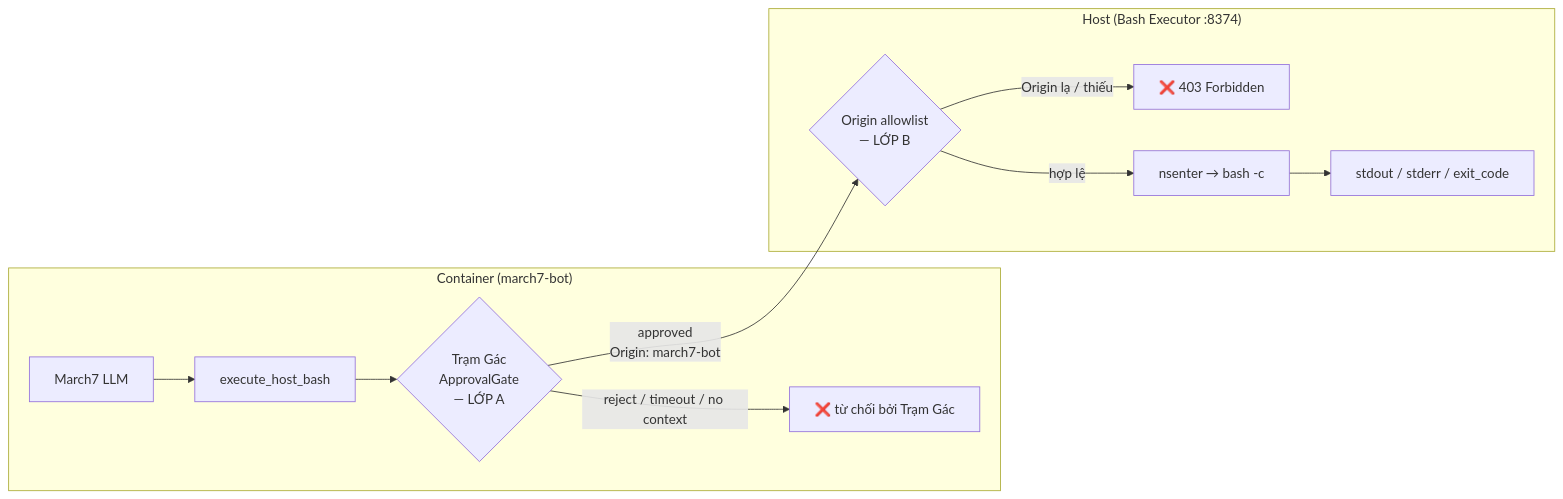
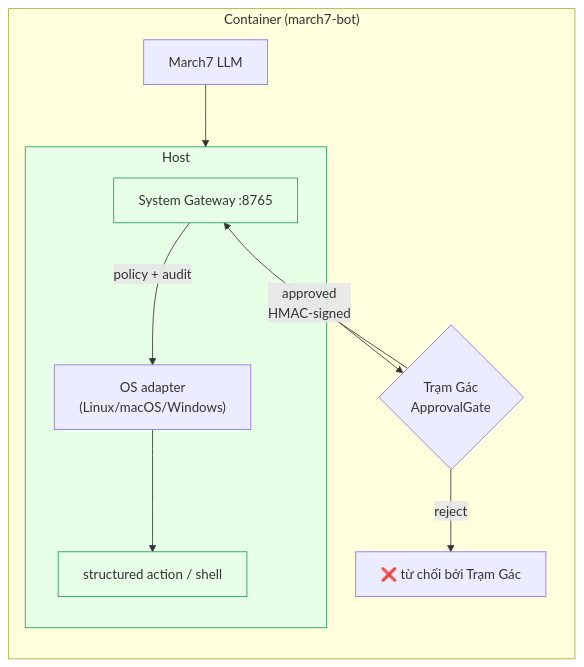
The second of 2 diagrams in README.md (Flowerf19/Harness_agent), drawn with Mermaid before and after one commit. The commit also changed other lines of this file and 60 other files, not shown here.

First line of the commit message:
feat(system_gateway): Introduce Evernight System Gateway orchestration

````diff
--- a/README.md
+++ b/README.md
@@ -84,14 +84,14 @@
 ```mermaid
 flowchart LR
     subgraph C["Container (march7-bot)"]
-        LLM[March7 LLM] --> T[execute_host_bash]
-        T --> G{"Trạm Gác<br/>ApprovalGate<br/>— LỚP A"}
-        G -->|reject / timeout / no context| RA["❌ từ chối bởi Trạm Gác"]
+        LLM[March7 LLM] --> H["host_system"]:::cur
+        H --> G{"Trạm Gác<br/>ApprovalGate"}
+        G -->|reject| RA["❌ từ chối bởi Trạm Gác"]
     end
-    G -->|approved<br/>Origin: march7-bot| O{"Origin allowlist<br/>— LỚP B"}
-    subgraph H["Host (Bash Executor :8374)"]
-        O -->|Origin lạ / thiếu| RB["❌ 403 Forbidden"]
-        O -->|hợp lệ| X["nsenter → bash -c"]
-        X --> R["stdout / stderr / exit_code"]
+    G -->|approved<br/>HMAC-signed| N["System Gateway :8765"]:::cur
+    subgraph H["Host"]
+        N -->|policy + audit| X["OS adapter<br/>(Linux/macOS/Windows)"]
+        X --> R["structured action / shell"]:::cur
     end
+    classDef cur fill:#e6ffe6,stroke:#1f9d55;
 ```
````
